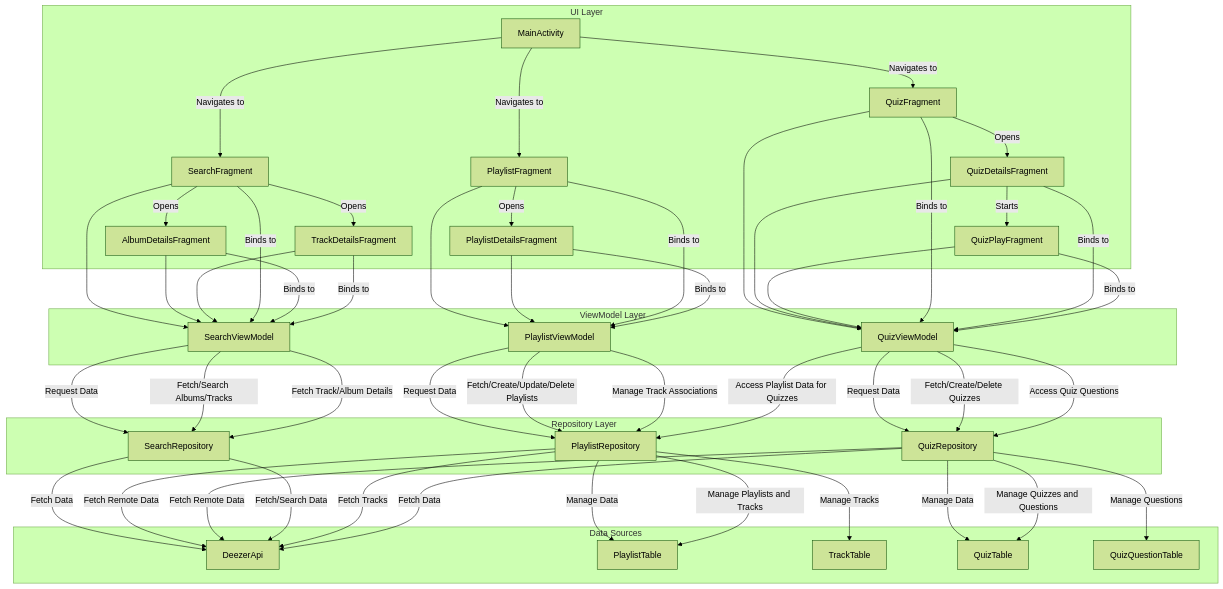
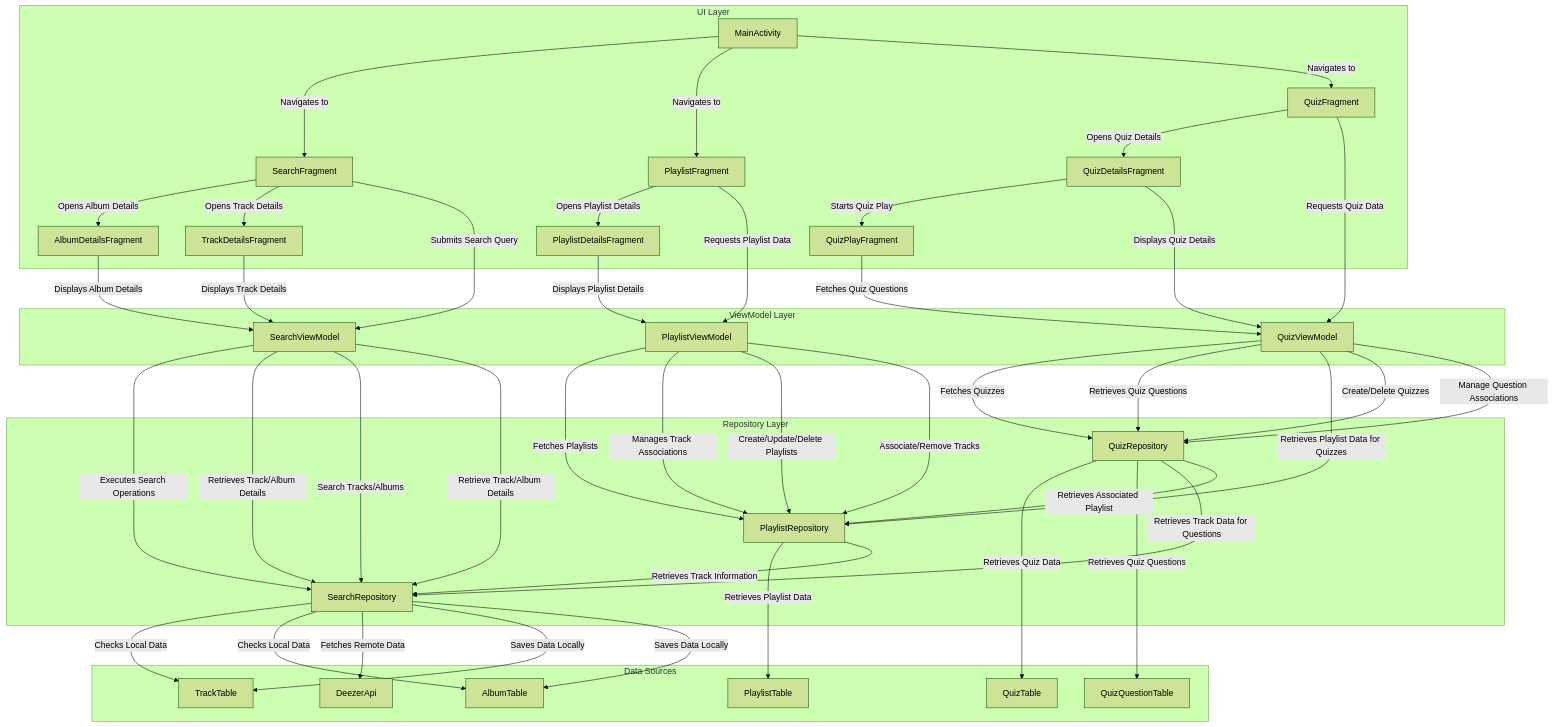
The diagram in README.md (IsmayilAbdullazada/music-quiz-project), drawn with Mermaid (forest theme) before and after one commit.

```diff
--- a/README.md
+++ b/README.md
@@ -65,11 +65,11 @@
     MainActivity -->|Navigates to| PlaylistFragment
     MainActivity -->|Navigates to| QuizFragment
 
-    SearchFragment -->|Opens| AlbumDetailsFragment
-    SearchFragment -->|Opens| TrackDetailsFragment
-    PlaylistFragment -->|Opens| PlaylistDetailsFragment
-    QuizFragment -->|Opens| QuizDetailsFragment
-    QuizDetailsFragment -->|Starts| QuizPlayFragment
+    SearchFragment -->|Opens Album Details| AlbumDetailsFragment
+    SearchFragment -->|Opens Track Details| TrackDetailsFragment
+    PlaylistFragment -->|Opens Playlist Details| PlaylistDetailsFragment
+    QuizFragment -->|Opens Quiz Details| QuizDetailsFragment
+    QuizDetailsFragment -->|Starts Quiz Play| QuizPlayFragment
   end
 
   %% ViewModel Layer
@@ -86,63 +86,60 @@
     QuizRepository
   end
 
-  %% External Data Sources
+  %% Data Sources
   subgraph "Data Sources"
-    DeezerApi 
+    DeezerApi
+    TrackTable
+    AlbumTable
     PlaylistTable
-    TrackTable
     QuizTable
     QuizQuestionTable
   end
 
-  %% Connections
-  SearchFragment --> SearchViewModel
-  PlaylistFragment --> PlaylistViewModel
-  QuizFragment --> QuizViewModel
+  %% UI Layer to ViewModel Layer
+  SearchFragment -->|Submits Search Query| SearchViewModel
+  PlaylistFragment -->|Requests Playlist Data| PlaylistViewModel
+  QuizFragment -->|Requests Quiz Data| QuizViewModel
 
-  AlbumDetailsFragment --> SearchViewModel
-  TrackDetailsFragment --> SearchViewModel
-  PlaylistDetailsFragment --> PlaylistViewModel
-  QuizDetailsFragment --> QuizViewModel
-  QuizPlayFragment --> QuizViewModel
+  AlbumDetailsFragment -->|Displays Album Details| SearchViewModel
+  TrackDetailsFragment -->|Displays Track Details| SearchViewModel
+  PlaylistDetailsFragment -->|Displays Playlist Details| PlaylistViewModel
+  QuizDetailsFragment -->|Displays Quiz Details| QuizViewModel
+  QuizPlayFragment -->|Fetches Quiz Questions| QuizViewModel
 
-  SearchFragment -->|Binds to| SearchViewModel
-  PlaylistFragment -->|Binds to| PlaylistViewModel
-  QuizFragment -->|Binds to| QuizViewModel
+  %% ViewModel Layer to Repository Layer
+  SearchViewModel -->|Executes Search Operations| SearchRepository
+  SearchViewModel -->|Retrieves Track/Album Details| SearchRepository
+  PlaylistViewModel -->|Fetches Playlists| PlaylistRepository
+  PlaylistViewModel -->|Manages Track Associations| PlaylistRepository
+  QuizViewModel -->|Fetches Quizzes| QuizRepository
+  QuizViewModel -->|Retrieves Quiz Questions| QuizRepository
+  QuizViewModel -->|Retrieves Playlist Data for Quizzes| PlaylistRepository
 
-  AlbumDetailsFragment -->|Binds to| SearchViewModel
-  TrackDetailsFragment -->|Binds to| SearchViewModel
-  PlaylistDetailsFragment -->|Binds to| PlaylistViewModel
-  QuizDetailsFragment -->|Binds to| QuizViewModel
-  QuizPlayFragment -->|Binds to| QuizViewModel
+  %% Repository Layer to Data Sources
+  SearchRepository -->|Checks Local Data| TrackTable
+  SearchRepository -->|Checks Local Data| AlbumTable
+  SearchRepository -->|Fetches Remote Data| DeezerApi
+  SearchRepository -->|Saves Data Locally| TrackTable
+  SearchRepository -->|Saves Data Locally| AlbumTable
 
-  SearchViewModel -->|Request Data| SearchRepository
-  PlaylistViewModel -->|Request Data| PlaylistRepository
-  QuizViewModel -->|Request Data| QuizRepository
+  PlaylistRepository -->|Retrieves Playlist Data| PlaylistTable
+  PlaylistRepository -->|Retrieves Track Information| SearchRepository
 
-  SearchRepository -->|Fetch Data| DeezerApi
-  PlaylistRepository -->|Manage Data| PlaylistTable
-  PlaylistRepository -->|Manage Tracks| TrackTable
-  PlaylistRepository -->|Fetch Remote Data| DeezerApi
-  QuizRepository -->|Manage Data| QuizTable
-  QuizRepository -->|Manage Questions| QuizQuestionTable
-  QuizRepository -->|Fetch Remote Data| DeezerApi
+  QuizRepository -->|Retrieves Quiz Data| QuizTable
+  QuizRepository -->|Retrieves Quiz Questions| QuizQuestionTable
+  QuizRepository -->|Retrieves Track Data for Questions| SearchRepository
+  QuizRepository -->|Retrieves Associated Playlist| PlaylistRepository
 
-  SearchRepository -->|Fetch/Search Data| DeezerApi
-  PlaylistRepository -->|Manage Playlists and Tracks| PlaylistTable
-  PlaylistRepository -->|Fetch Tracks| DeezerApi
-  QuizRepository -->|Manage Quizzes and Questions| QuizTable
-  QuizRepository -->|Fetch Data| DeezerApi
+  %% Responsibilities
+  SearchViewModel -->|Search Tracks/Albums| SearchRepository
+  SearchViewModel -->|Retrieve Track/Album Details| SearchRepository
 
-  SearchViewModel -->|Fetch/Search Albums/Tracks| SearchRepository
-  SearchViewModel -->|Fetch Track/Album Details| SearchRepository
+  PlaylistViewModel -->|Create/Update/Delete Playlists| PlaylistRepository
+  PlaylistViewModel -->|Associate/Remove Tracks| PlaylistRepository
 
-  PlaylistViewModel -->|Fetch/Create/Update/Delete Playlists| PlaylistRepository
-  PlaylistViewModel -->|Manage Track Associations| PlaylistRepository
-
-  QuizViewModel -->|Fetch/Create/Delete Quizzes| QuizRepository
-  QuizViewModel -->|Access Quiz Questions| QuizRepository
-  QuizViewModel -->|Access Playlist Data for Quizzes| PlaylistRepository
+  QuizViewModel -->|Create/Delete Quizzes| QuizRepository
+  QuizViewModel -->|Manage Question Associations| QuizRepository
 
  
 
```
